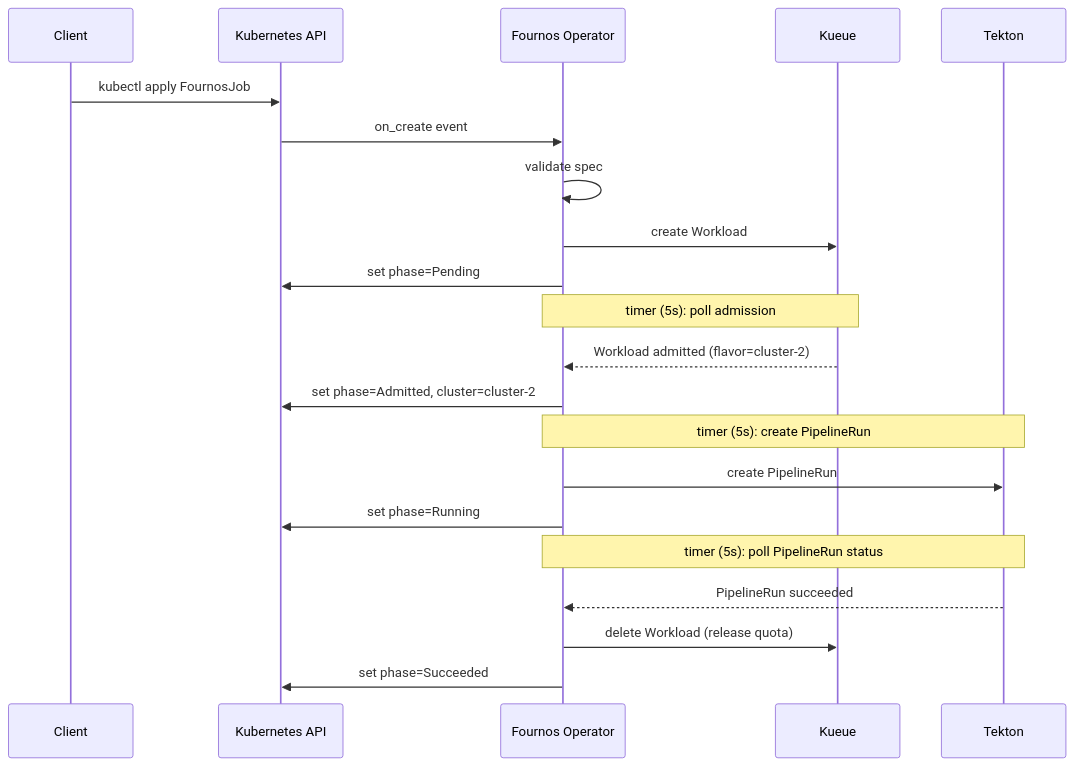
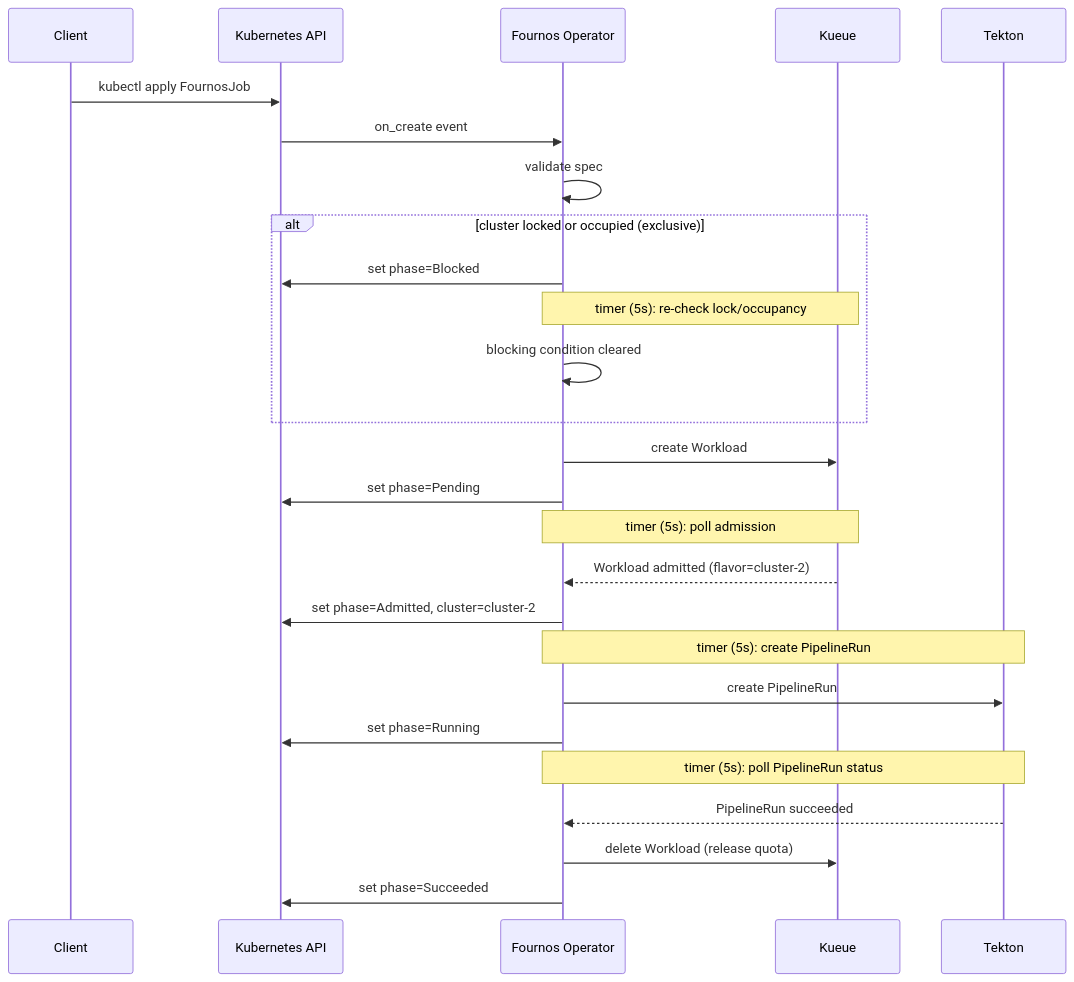
Before and after one commit to openshift-psap/fournos: the second of 2 diagrams in .cursor/plans/fournos_design_document_87fc6306.plan.md, drawn with Mermaid. The commit also changed other lines of this file and 17 other files, not shown here.

Commit message:
Introduce exclusive cluster locking; split operator into handlers; centralize fjob status handling

````diff
--- a/.cursor/plans/fournos_design_document_87fc6306.plan.md
+++ b/.cursor/plans/fournos_design_document_87fc6306.plan.md
@@ -167,27 +180,34 @@
 ```mermaid
 sequenceDiagram
     participant Client
     participant K8sAPI as Kubernetes API
     participant Operator as Fournos Operator
     participant Kueue
     participant Tekton
 
     Client->>K8sAPI: kubectl apply FournosJob
     K8sAPI->>Operator: on_create event
     Operator->>Operator: validate spec
+
+    alt cluster locked or occupied (exclusive)
+        Operator->>K8sAPI: set phase=Blocked
+        Note over Operator,Kueue: timer (5s): re-check lock/occupancy
+        Operator->>Operator: blocking condition cleared
+    end
+
     Operator->>Kueue: create Workload
     Operator->>K8sAPI: set phase=Pending
 
     Note over Operator,Kueue: timer (5s): poll admission
     Kueue-->>Operator: Workload admitted (flavor=cluster-2)
     Operator->>K8sAPI: set phase=Admitted, cluster=cluster-2
 
     Note over Operator,Tekton: timer (5s): create PipelineRun
     Operator->>Tekton: create PipelineRun
     Operator->>K8sAPI: set phase=Running
 
     Note over Operator,Tekton: timer (5s): poll PipelineRun status
     Tekton-->>Operator: PipelineRun succeeded
     Operator->>Kueue: delete Workload (release quota)
     Operator->>K8sAPI: set phase=Succeeded
 ```
````
